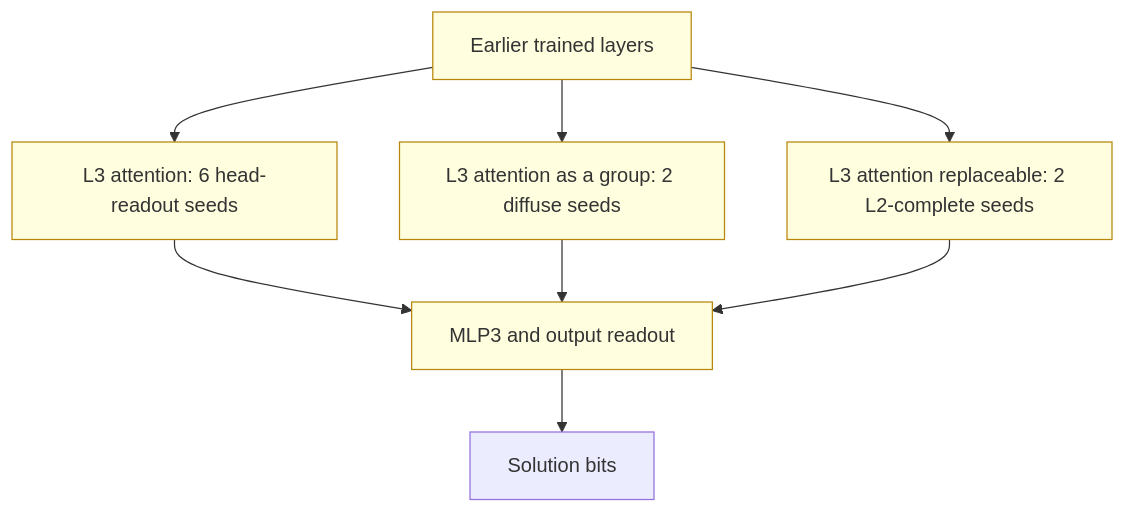
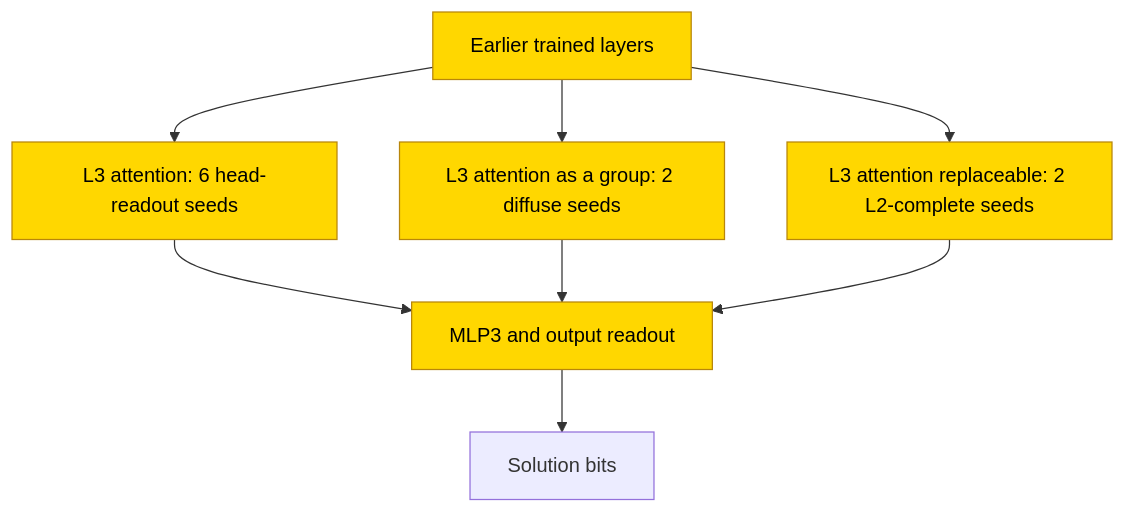
The second of 2 diagrams in entries/gf2-elimination.md (jc1122/mechanistic-interpretability-circuit-atlas), drawn with Mermaid before and after one commit. The commit also changed other lines of this file and 40 other files, not shown here.

First line of the commit message:
Cold-reader pass on all 41 entries: reading routes, first-screen scopes, accessible diagrams, verified headline sources (ux_reader1/2)

````diff
--- a/entries/gf2-elimination.md
+++ b/entries/gf2-elimination.md
@@ -98,12 +104,14 @@
 ```mermaid
 flowchart TD
+    accTitle: Final binary-elimination readout families
+    accDescr: Earlier trained layers feed head-based, diffuse or already-complete last-layer attention roles before the final MLP and solution output. All computational nodes are trained. Status is partial only for constant-attention substitution in the already-complete family; complement is untested and no whole-network formula is established. This is a family-role schematic, not a minimum circuit.
   A["Earlier trained layers"] --> B["L3 attention: 6 head-readout seeds"]
   A --> C["L3 attention as a group: 2 diffuse seeds"]
   A --> D["L3 attention replaceable: 2 L2-complete seeds"]
   B --> E["MLP3 and output readout"]
   C --> E
   D --> E
   E --> F["Solution bits"]
-  classDef trained fill:lightyellow,stroke:darkgoldenrod
+  classDef trained fill:gold,stroke:darkgoldenrod,color:black
   class A,B,C,D,E trained
 ```
````
